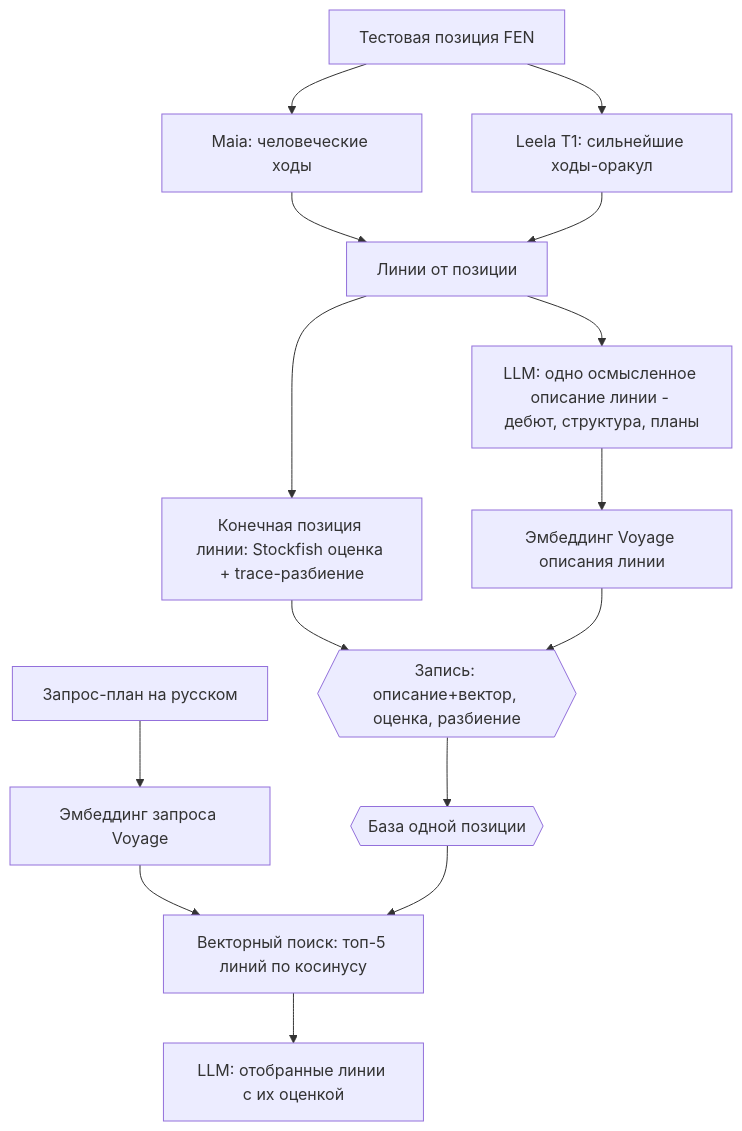
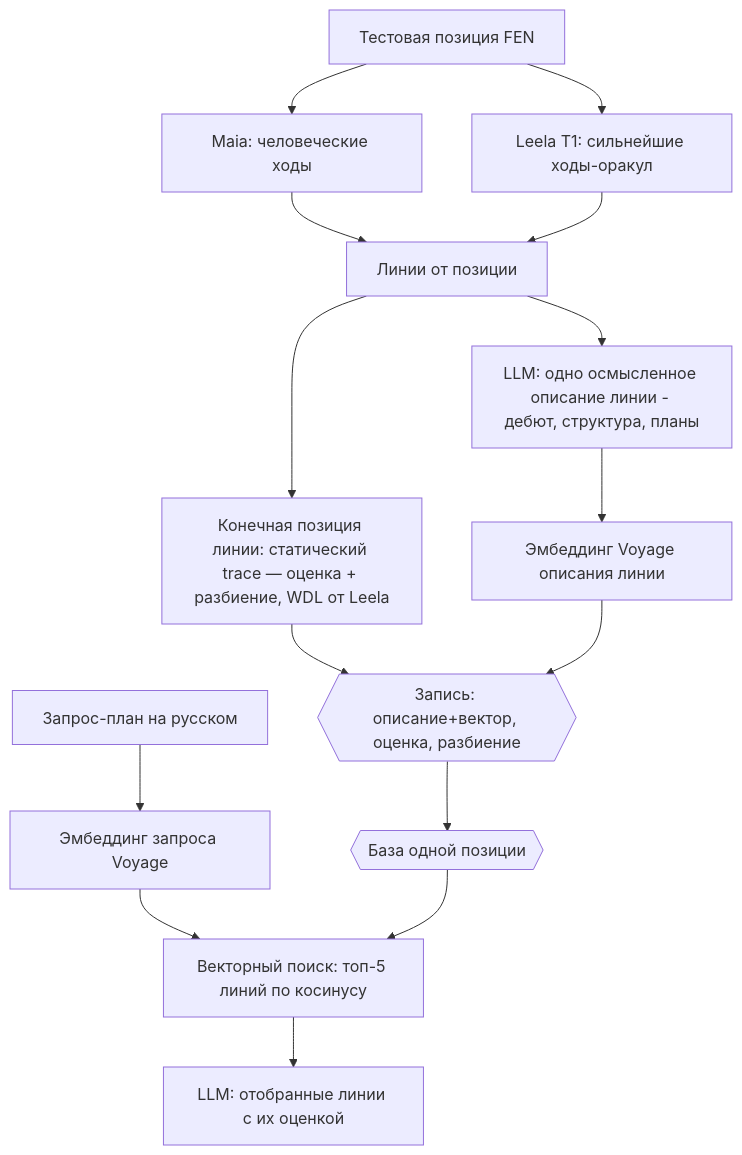
The diagram in docs/adr/170-plan-search-over-variation-tree-poc.md (StasPiv/kingside), drawn with Mermaid before and after one commit. The commit also changed other lines of this file, not shown here.

````diff
--- a/docs/adr/170-plan-search-over-variation-tree-poc.md
+++ b/docs/adr/170-plan-search-over-variation-tree-poc.md
@@ -63,17 +63,17 @@
 ```mermaid
 flowchart TD
   A[Тестовая позиция FEN] --> B[Maia: человеческие ходы]
   A --> C[Leela T1: сильнейшие ходы-оракул]
   B --> D[Линии от позиции]
   C --> D
-  D --> E[Конечная позиция линии: Stockfish оценка + trace-разбиение]
+  D --> E[Конечная позиция линии: статический trace — оценка + разбиение, WDL от Leela]
   D --> F[LLM: одно осмысленное описание линии - дебют, структура, планы]
   F --> G[Эмбеддинг Voyage описания линии]
   E --> H{{Запись: описание+вектор, оценка, разбиение}}
   G --> H
   H --> S{{База одной позиции}}
   I[Запрос-план на русском] --> J[Эмбеддинг запроса Voyage]
   J --> K[Векторный поиск: топ-5 линий по косинусу]
   S --> K
   K --> M[LLM: отобранные линии с их оценкой]
 ```
````
